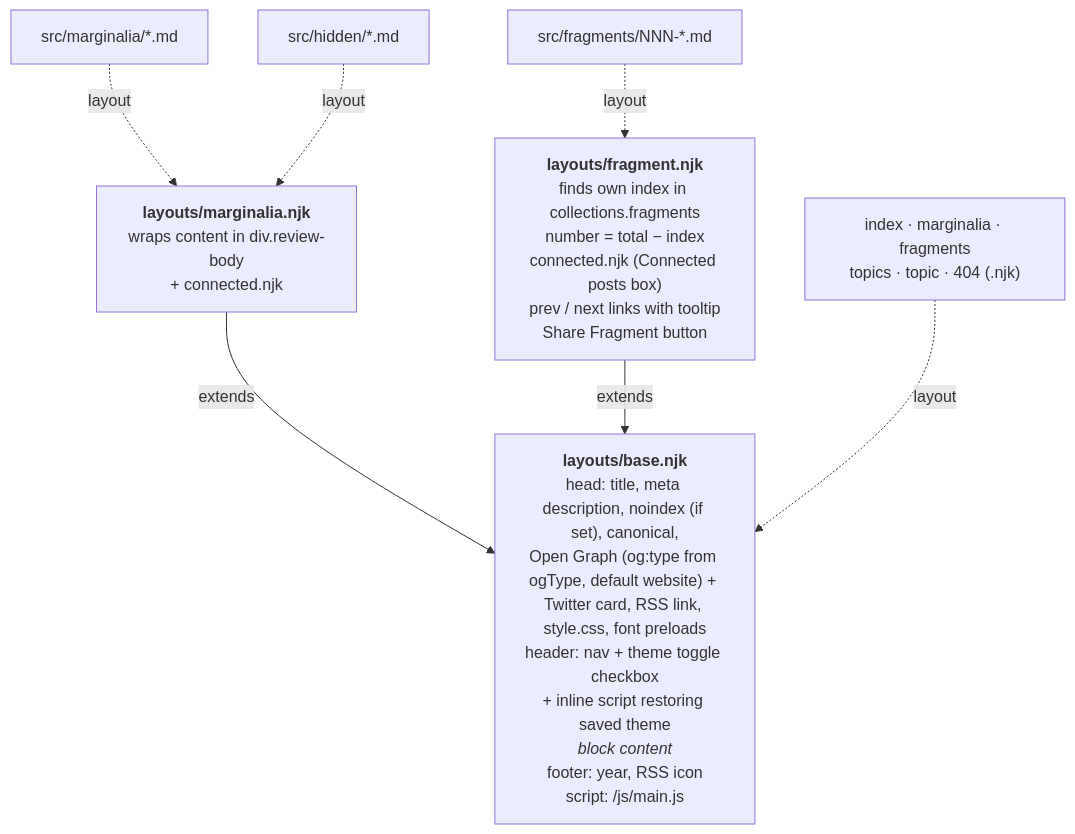
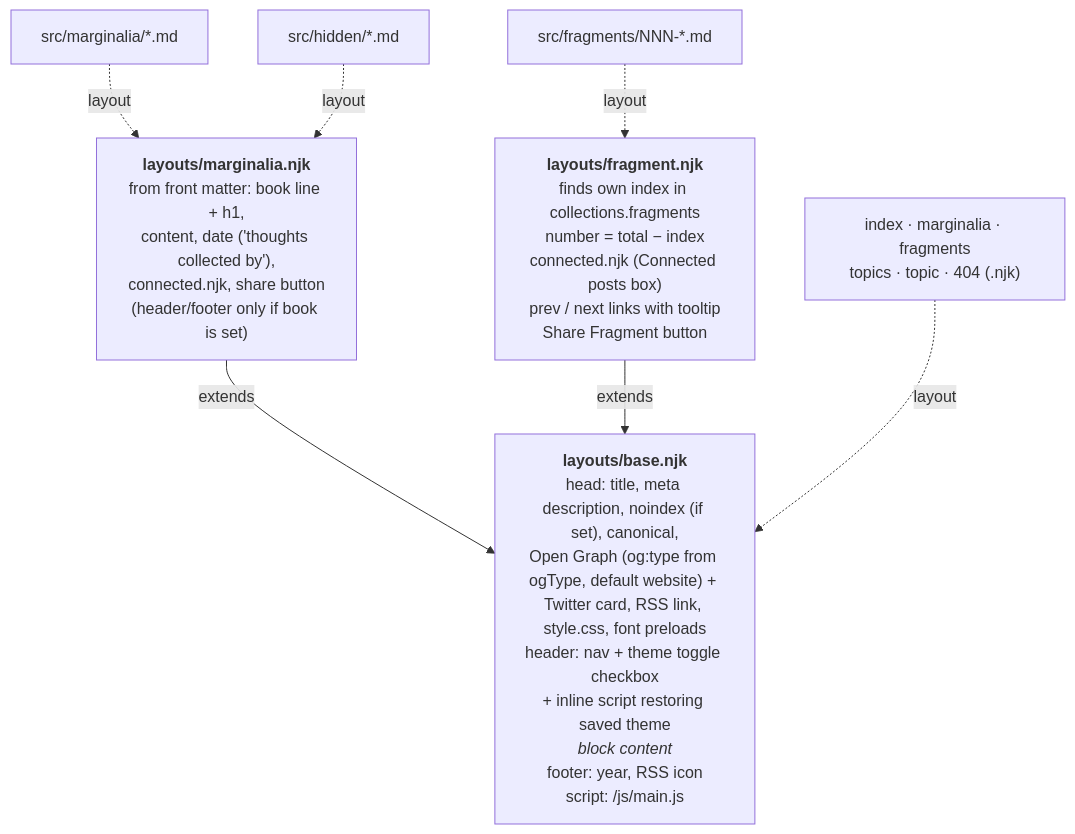
The fifth of 9 diagrams in ARCHITECTURE.md (raoul-g/raoulyy-blog), drawn with Mermaid before and after one commit. The commit also changed other lines of this file and 11 other files, not shown here.

First line of the commit message:
generate marginalia header and footer from front matter

````diff
--- a/ARCHITECTURE.md
+++ b/ARCHITECTURE.md
@@ -157,14 +157,14 @@
 ```mermaid
 flowchart TB
     BASE["<b>layouts/base.njk</b><br/>head: title, meta description, noindex (if set), canonical,<br/>Open Graph (og:type from ogType, default website) + Twitter card, RSS link, style.css, font preloads<br/>header: nav + theme toggle checkbox<br/>+ inline script restoring saved theme<br/><i>block content</i><br/>footer: year, RSS icon<br/>script: /js/main.js"]
-    MARG["<b>layouts/marginalia.njk</b><br/>wraps content in div.review-body<br/>+ connected.njk"]
+    MARG["<b>layouts/marginalia.njk</b><br/>from front matter: book line + h1,<br/>content, date ('thoughts collected by'),<br/>connected.njk, share button<br/>(header/footer only if book is set)"]
     FRAG["<b>layouts/fragment.njk</b><br/>finds own index in collections.fragments<br/>number = total − index<br/>connected.njk (Connected posts box)<br/>prev / next links with tooltip<br/>Share Fragment button"]
 
     MARG -- extends --> BASE
     FRAG -- extends --> BASE
 
     MP["src/marginalia/*.md"] -. layout .-> MARG
     HP["src/hidden/*.md"] -. layout .-> MARG
     FP["src/fragments/NNN-*.md"] -. layout .-> FRAG
     PAGES["index · marginalia · fragments<br/>topics · topic · 404 (.njk)"] -. layout .-> BASE
 ```
````
